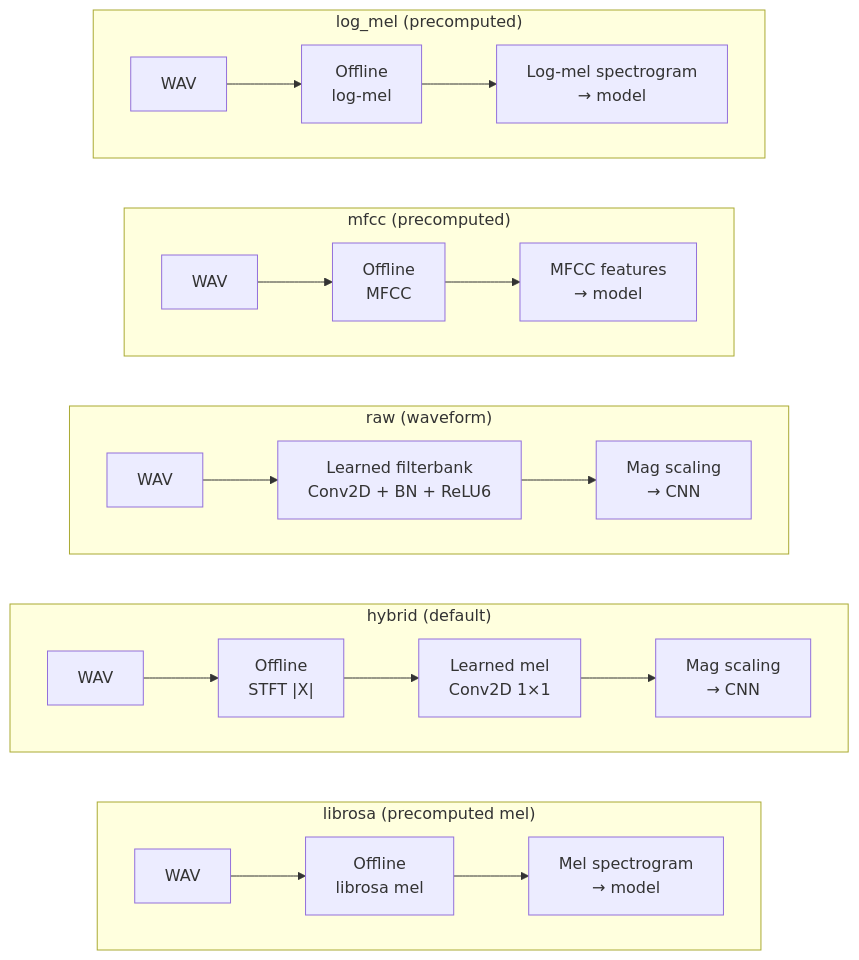
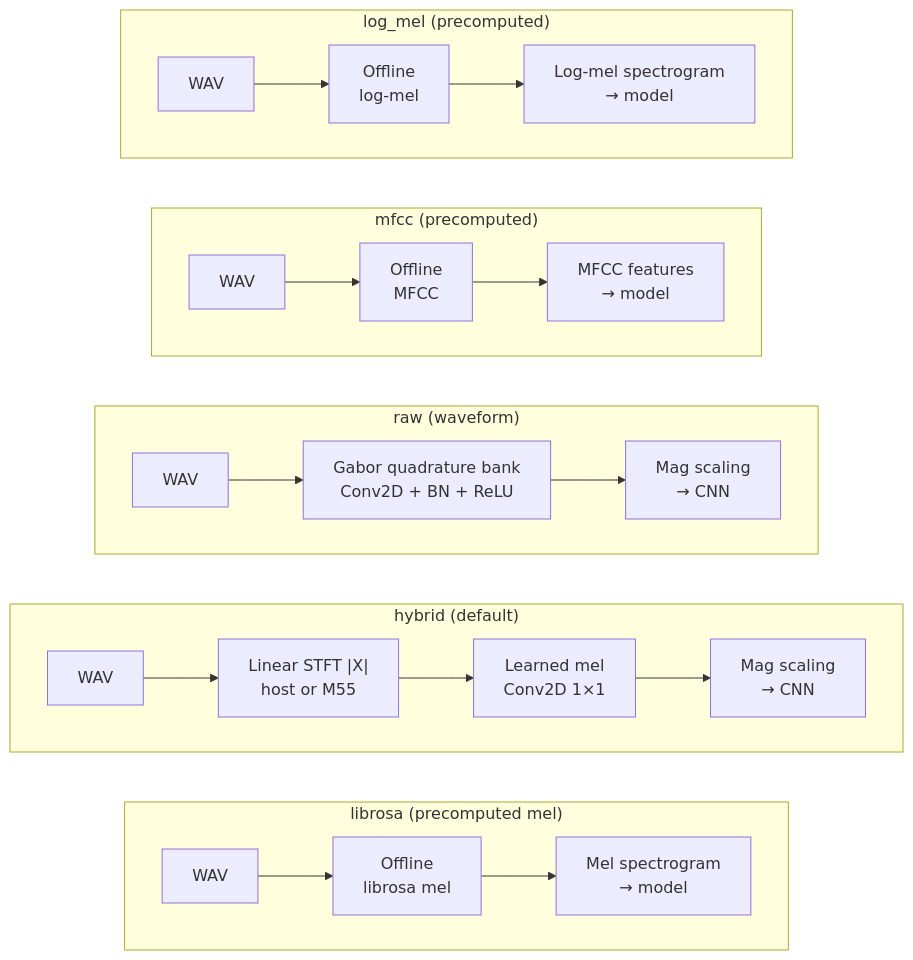
Before and after one commit to birdnet-team/birdnet-stm32: the diagram in docs/dev/audio-frontends.md, drawn with Mermaid. The commit also changed other lines of this file and 20 other files, not shown here.

````diff
--- a/docs/dev/audio-frontends.md
+++ b/docs/dev/audio-frontends.md
@@ -10,23 +9,23 @@
 ```mermaid
 flowchart LR
     subgraph librosa ["librosa (precomputed mel)"]
         direction LR
         L1["WAV"] --> L2["Offline\nlibrosa mel"] --> L3["Mel spectrogram\n→ model"]
     end
     subgraph hybrid ["hybrid (default)"]
         direction LR
-        H1["WAV"] --> H2["Offline\nSTFT |X|"] --> H3["Learned mel\nConv2D 1×1"] --> H4["Mag scaling\n→ CNN"]
+        H1["WAV"] --> H2["Linear STFT |X|\nhost or M55"] --> H3["Learned mel\nConv2D 1×1"] --> H4["Mag scaling\n→ CNN"]
     end
     subgraph raw ["raw (waveform)"]
         direction LR
-        R1["WAV"] --> R2["Learned filterbank\nConv2D + BN + ReLU6"] --> R3["Mag scaling\n→ CNN"]
+        R1["WAV"] --> R2["Gabor quadrature bank\nConv2D + BN + ReLU"] --> R3["Mag scaling\n→ CNN"]
     end
     subgraph mfcc ["mfcc (precomputed)"]
         direction LR
         M1["WAV"] --> M2["Offline\nMFCC"] --> M3["MFCC features\n→ model"]
     end
     subgraph log_mel ["log_mel (precomputed)"]
         direction LR
         LM1["WAV"] --> LM2["Offline\nlog-mel"] --> LM3["Log-mel spectrogram\n→ model"]
     end
 ```
````
